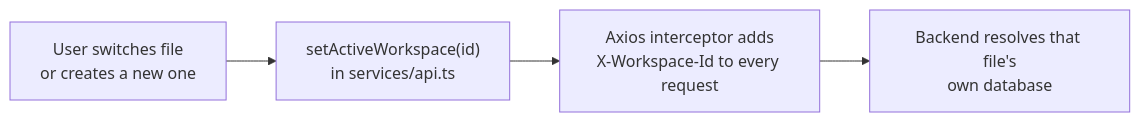
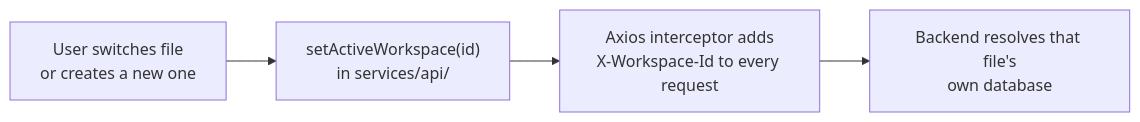
The diagram in db-viewer-ui/README.md (Srivatsa-Nayak/db-viewer), drawn with Mermaid before and after one commit. The commit also changed other lines of this file and 14 other files, not shown here.

````diff
--- a/db-viewer-ui/README.md
+++ b/db-viewer-ui/README.md
@@ -192,6 +192,6 @@
 ```mermaid
 flowchart LR
-    A["User switches file<br/>or creates a new one"] --> B["setActiveWorkspace(id)<br/>in services/api.ts"]
+    A["User switches file<br/>or creates a new one"] --> B["setActiveWorkspace(id)<br/>in services/api/"]
     B --> C["Axios interceptor adds<br/>X-Workspace-Id to every request"]
     C --> D["Backend resolves that file's<br/>own database"]
 ```
````
